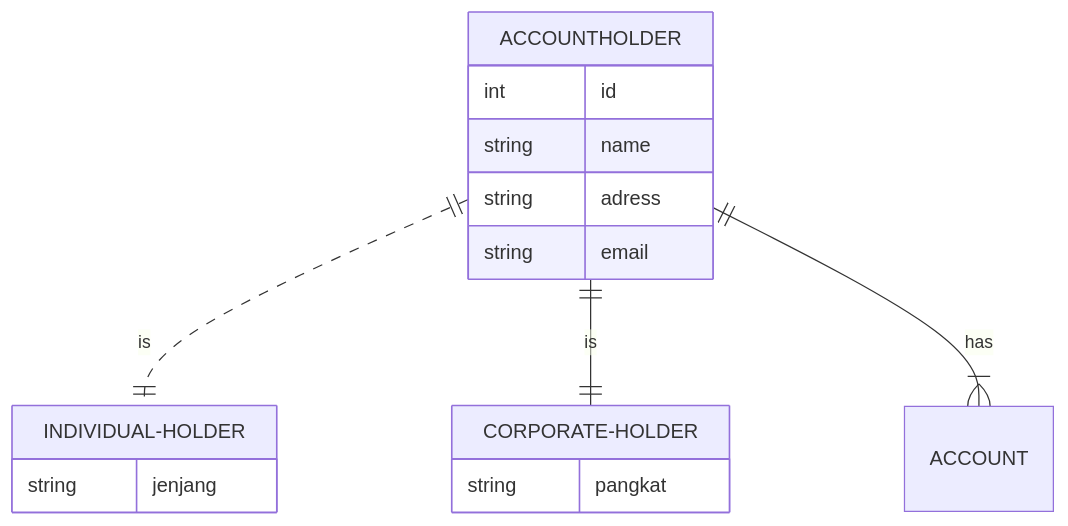
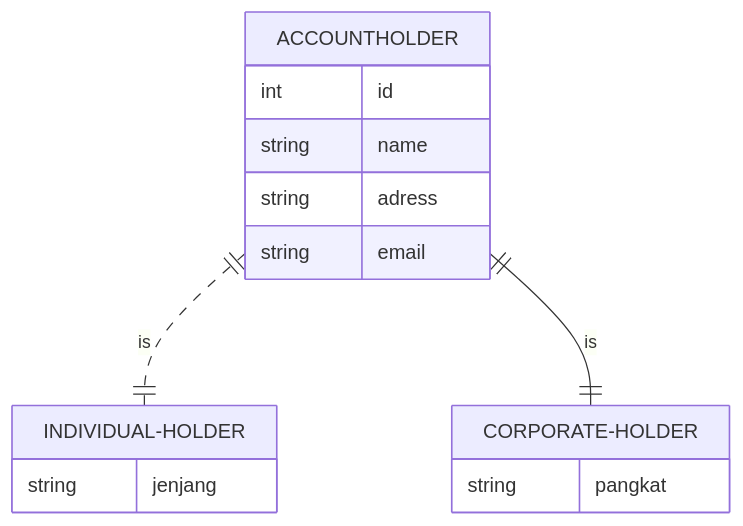
One commit to ryecries/Project changed the second of 2 diagrams in README.md. Above: the diagram before and after it, drawn with Mermaid. The commit also changed other lines of this file, not shown here.

````diff
--- a/README.md
+++ b/README.md
@@ -48,19 +47,18 @@
 ```mermaid
 erDiagram
           ACCOUNTHOLDER ||..|| INDIVIDUAL-HOLDER : is
           ACCOUNTHOLDER ||--|| CORPORATE-HOLDER : is
-          ACCOUNTHOLDER ||--|{ ACCOUNT: "has"
           ACCOUNTHOLDER {
             int id
             string name
             string adress
             string email
           }
           INDIVIDUAL-HOLDER{
             string jenjang
           }
           CORPORATE-HOLDER{
             string pangkat
           }
 
 ```
````
